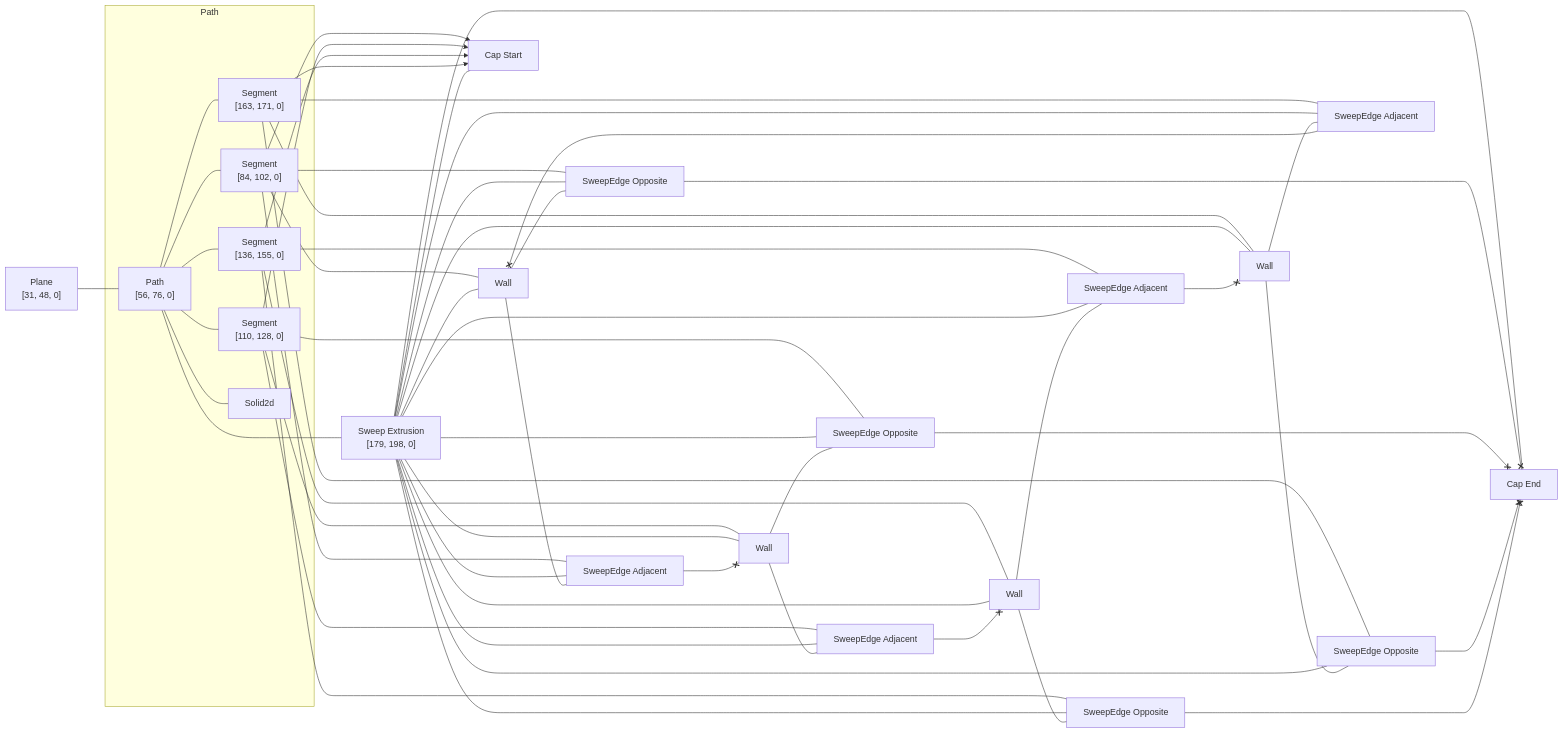
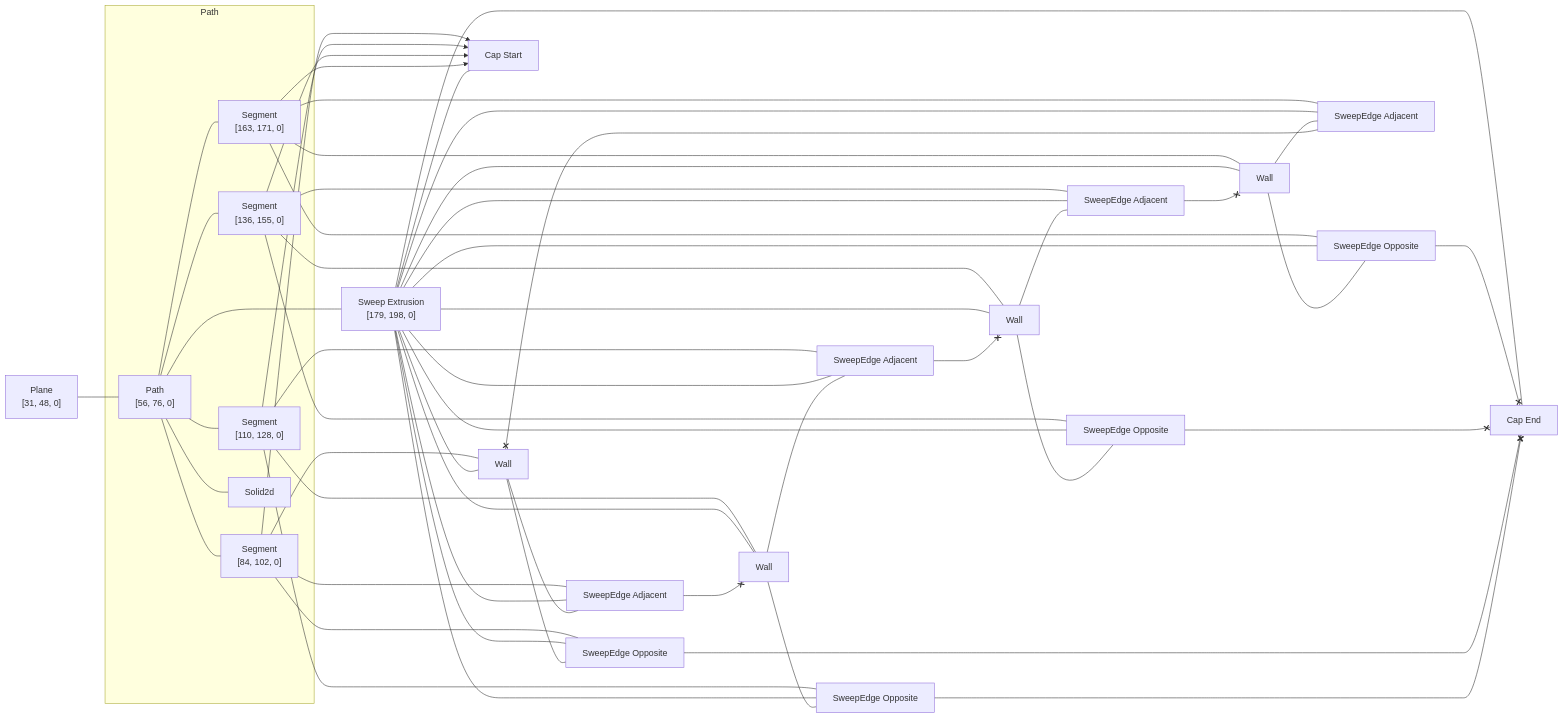
Before and after one commit to rajgandhi1/modeling-app: the diagram in rust/kcl-lib/tests/function_sketch_with_position/artifact_graph_flowchart.snap.md, drawn with Mermaid. The commit also changed 110 other files, not shown here.

````diff
--- a/rust/kcl-lib/tests/function_sketch_with_position/artifact_graph_flowchart.snap.md
+++ b/rust/kcl-lib/tests/function_sketch_with_position/artifact_graph_flowchart.snap.md
@@ -1,80 +1,80 @@
 ```mermaid
 flowchart LR
   subgraph path2 [Path]
     2["Path<br>[56, 76, 0]"]
     3["Segment<br>[84, 102, 0]"]
     4["Segment<br>[110, 128, 0]"]
     5["Segment<br>[136, 155, 0]"]
     6["Segment<br>[163, 171, 0]"]
     7[Solid2d]
   end
   1["Plane<br>[31, 48, 0]"]
   8["Sweep Extrusion<br>[179, 198, 0]"]
   9[Wall]
   10[Wall]
   11[Wall]
   12[Wall]
   13["Cap Start"]
   14["Cap End"]
   15["SweepEdge Opposite"]
   16["SweepEdge Opposite"]
   17["SweepEdge Opposite"]
   18["SweepEdge Opposite"]
   19["SweepEdge Adjacent"]
   20["SweepEdge Adjacent"]
   21["SweepEdge Adjacent"]
   22["SweepEdge Adjacent"]
   1 --- 2
   2 --- 3
   2 --- 4
   2 --- 5
   2 --- 6
   2 --- 7
   2 ---- 8
   3 --- 12
   3 x--> 13
-  3 --- 15
-  3 --- 20
+  3 --- 17
+  3 --- 21
   4 --- 10
   4 x--> 13
-  4 --- 16
-  4 --- 21
+  4 --- 18
+  4 --- 19
   5 --- 9
   5 x--> 13
-  5 --- 18
-  5 --- 22
+  5 --- 16
+  5 --- 20
   6 --- 11
   6 x--> 13
-  6 --- 17
-  6 --- 19
+  6 --- 15
+  6 --- 22
   8 --- 9
   8 --- 10
   8 --- 11
   8 --- 12
   8 --- 13
   8 --- 14
   8 --- 15
   8 --- 16
   8 --- 17
   8 --- 18
   8 --- 19
   8 --- 20
   8 --- 21
   8 --- 22
-  9 --- 18
-  21 <--x 9
-  9 --- 22
-  10 --- 16
-  20 <--x 10
-  10 --- 21
-  11 --- 17
-  11 --- 19
-  22 <--x 11
-  12 --- 15
-  19 <--x 12
-  12 --- 20
+  9 --- 16
+  19 <--x 9
+  9 --- 20
+  10 --- 18
+  10 --- 19
+  21 <--x 10
+  11 --- 15
+  20 <--x 11
+  11 --- 22
+  12 --- 17
+  12 --- 21
+  22 <--x 12
   15 <--x 14
   16 <--x 14
   17 <--x 14
   18 <--x 14
 ```
````
